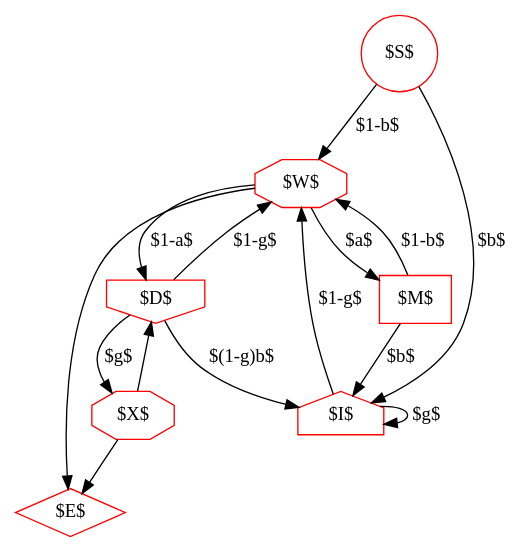
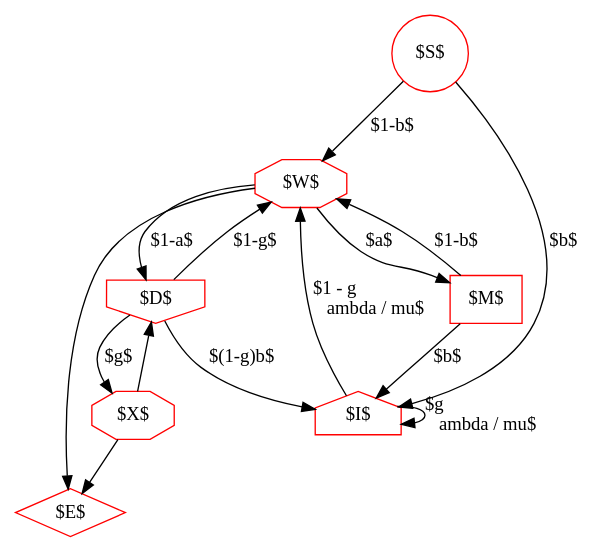
The diagram in protpal.dot (ihh/transducer-tutorial), drawn with Graphviz before and after one commit. The commit also changed 1 other file, not shown here.

```diff
--- a/protpal.dot
+++ b/protpal.dot
@@ -1,34 +1,34 @@
 digraph G {
 
     S [label="$S$", shape=circle, color=red];
     E [label="$E$", shape=diamond, color=red];
 
     W [label="$W$", shape=octagon, color=red];
     X [label="$X$", shape=octagon, color=red];
 
     I [label="$I$", shape=house, color=red];
     M [label="$M$", shape=rect, color=red];
     D [label="$D$", shape=invhouse, color=red];
 
 S->I [label="$b$"];
 S->W [label="$1-b$"];
 
 M->I [label="$b$"];
 M->W [label="$1-b$"];
 
 D->I [label="$(1-g)b$"];
 D->W [label="$1-g$"];
 D->X [label="$g$"];
 
-I->I [label="$g$"];
-I->W [label="$1-g$"];
+I->I [label="$g \lambda / \mu$"];
+I->W [label="$1 - g \lambda / \mu$"];
 
 W->E;
 W->M [label="$a$"];
 W->D [label="$1-a$"];
 
 X->D;
 X->E;
 
 
 }
```
